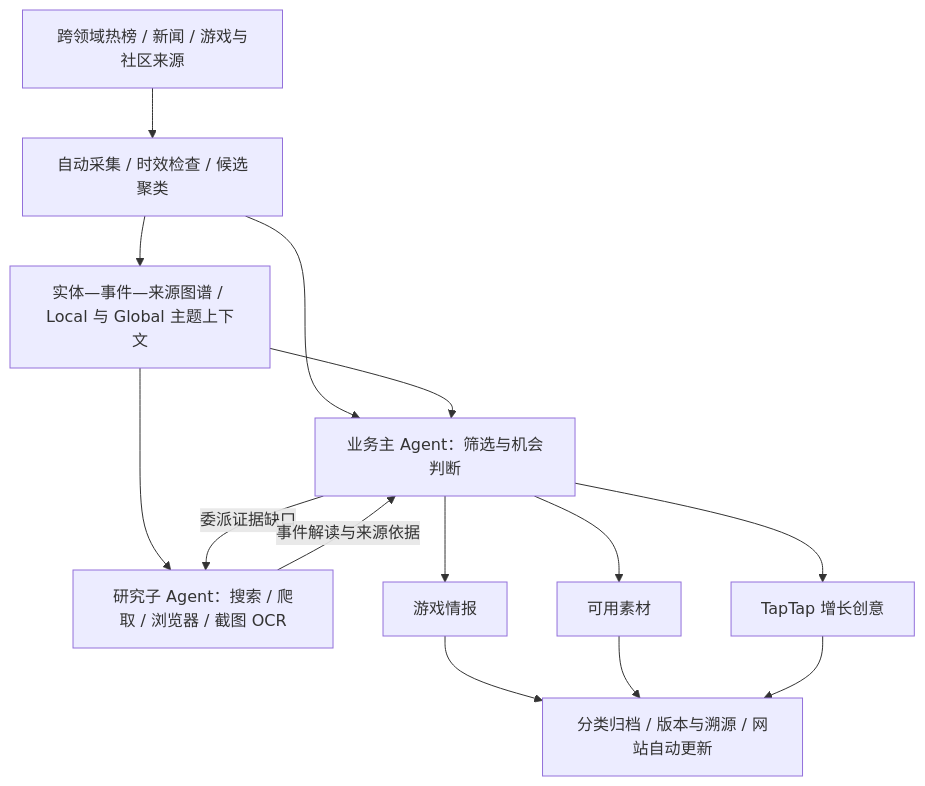
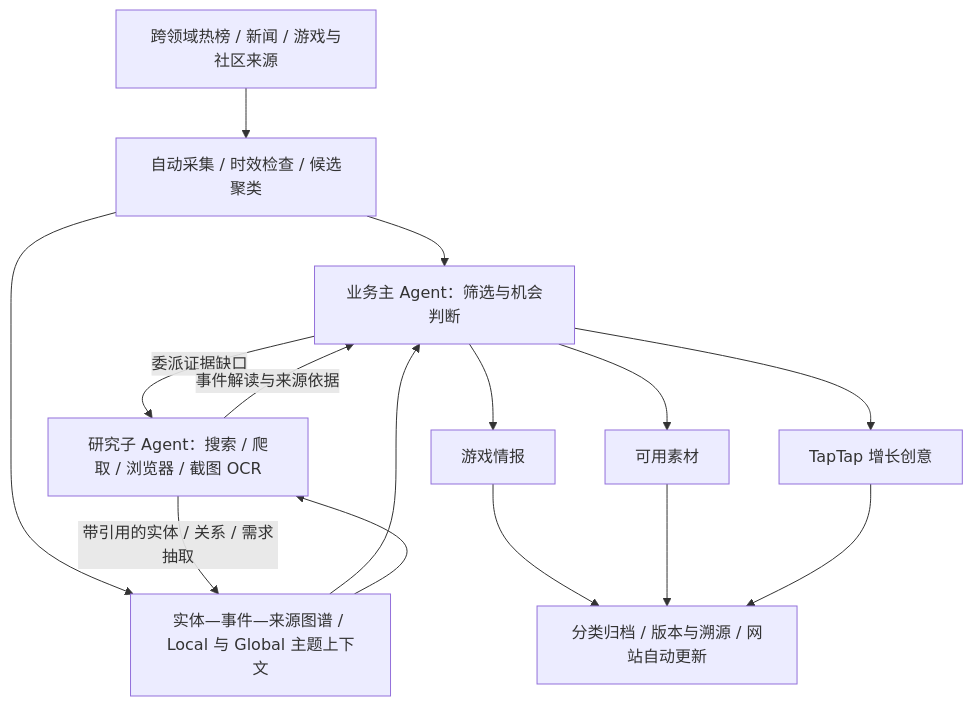
One commit to hccccc01333/arknights-taptap-intel-agent changed the first of 3 diagrams in README.md. Above: the diagram before and after it, drawn with Mermaid. The commit also changed other lines of this file, not shown here.

Commit message:
docs: refresh alpha17 architecture and validation guide

````diff
--- a/README.md
+++ b/README.md
@@ -49,16 +62,17 @@
 ```mermaid
 flowchart TD
     Sources[跨领域热榜 / 新闻 / 游戏与社区来源] --> Discovery[自动采集 / 时效检查 / 候选聚类]
     Discovery --> Main[业务主 Agent：筛选与机会判断]
     Discovery --> Graph[实体—事件—来源图谱 / Local 与 Global 主题上下文]
     Graph --> Main
     Graph --> Research
     Main -->|委派证据缺口| Research[研究子 Agent：搜索 / 爬取 / 浏览器 / 截图 OCR]
+    Research -->|带引用的实体 / 关系 / 需求抽取| Graph
     Research -->|事件解读与来源依据| Main
     Main --> Intelligence[游戏情报]
     Main --> Materials[可用素材]
     Main --> Ideas[TapTap 增长创意]
     Intelligence --> Library[分类归档 / 版本与溯源 / 网站自动更新]
     Materials --> Library
     Ideas --> Library
 ```
````
